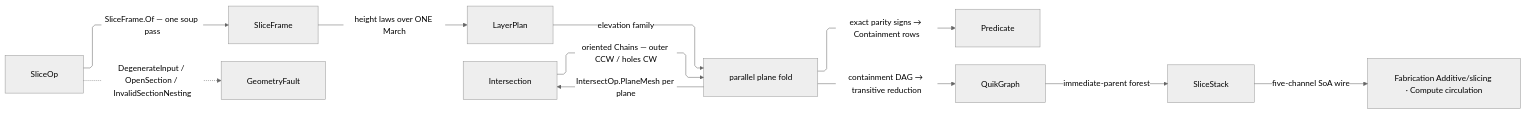
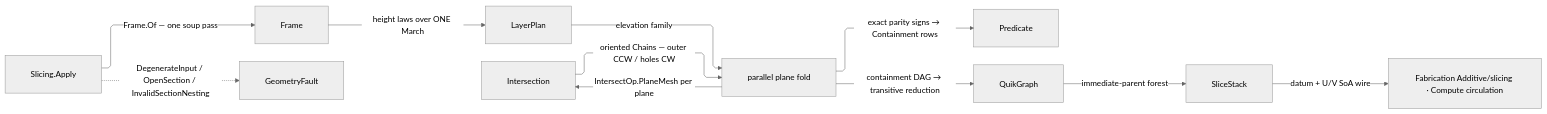
Before and after one commit to bsamiee/Rasm: the diagram in libs/dotnet/Rasm/.planning/Meshing/slice.md, drawn with Mermaid (neutral theme). The commit also changed other lines of this file and 55 other files, not shown here.

````diff
--- a/libs/dotnet/Rasm/.planning/Meshing/slice.md
+++ b/libs/dotnet/Rasm/.planning/Meshing/slice.md
@@ -416,22 +381,22 @@
 ```mermaid
 ---
 config:
   layout: elk
   flowchart:
     curve: linear
     padding: 25
 ---
 flowchart LR
     accTitle: Slice stack flow
     accDescr: Layer plans generate plane families folded per plane through the intersect owner into nested contours frozen as the slice stack wire.
-    SliceOp -->|SliceFrame.Of — one soup pass| SliceFrame
-    SliceFrame -->|height laws over ONE March| LayerPlan
+    Apply["Slicing.Apply"] -->|Frame.Of — one soup pass| Frame
+    Frame -->|height laws over ONE March| LayerPlan
     LayerPlan -->|elevation family| Fold["parallel plane fold"]
     Fold -->|IntersectOp.PlaneMesh per plane| Intersection
     Intersection -->|oriented Chains — outer CCW / holes CW| Fold
     Fold -->|exact parity signs → Containment rows| Predicate
     Fold -->|containment DAG → transitive reduction| QuikGraph
     QuikGraph -->|immediate-parent forest| SliceStack
-    SliceStack -->|five-channel SoA wire| Decoders["Fabrication Additive/slicing · Compute circulation"]
-    SliceOp -.->|DegenerateInput / OpenSection / InvalidSectionNesting| GeometryFault
+    SliceStack -->|datum + U/V SoA wire| Decoders["Fabrication Additive/slicing · Compute circulation"]
+    Apply -.->|DegenerateInput / OpenSection / InvalidSectionNesting| GeometryFault
 ```
````
